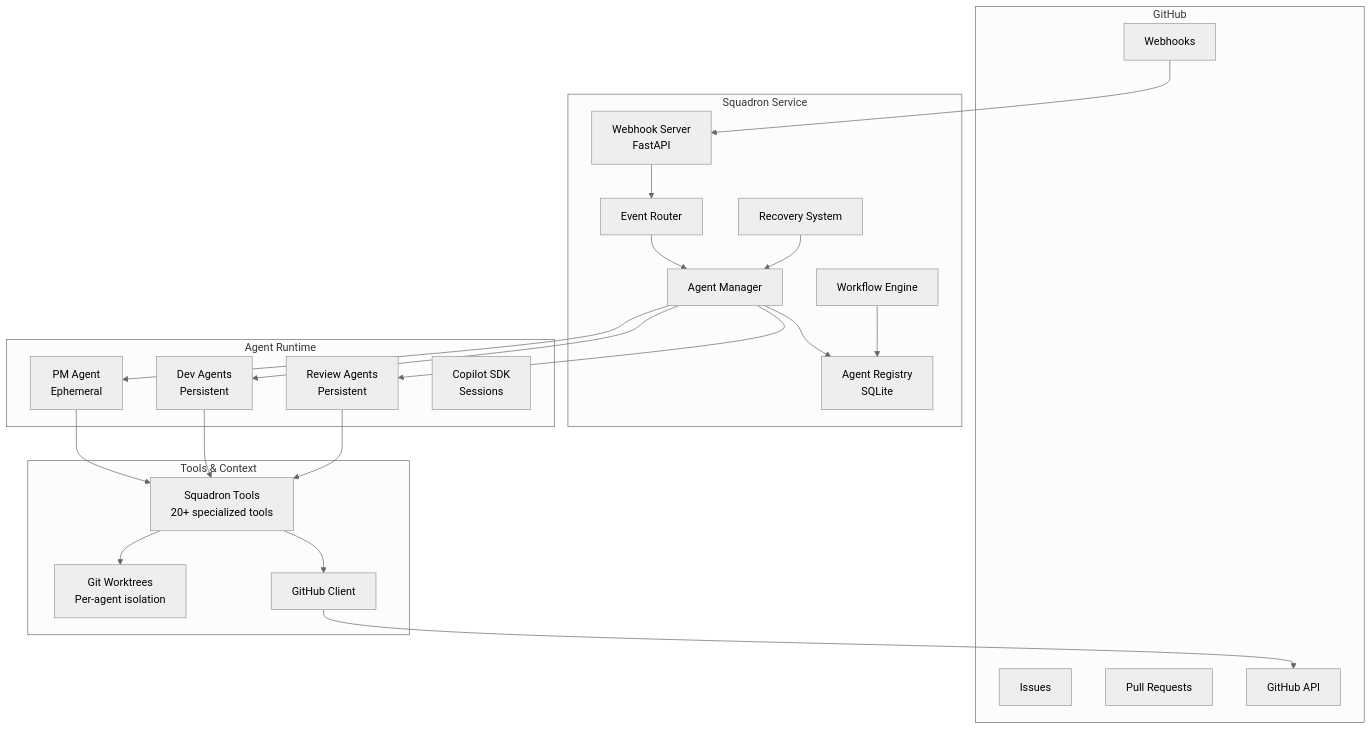
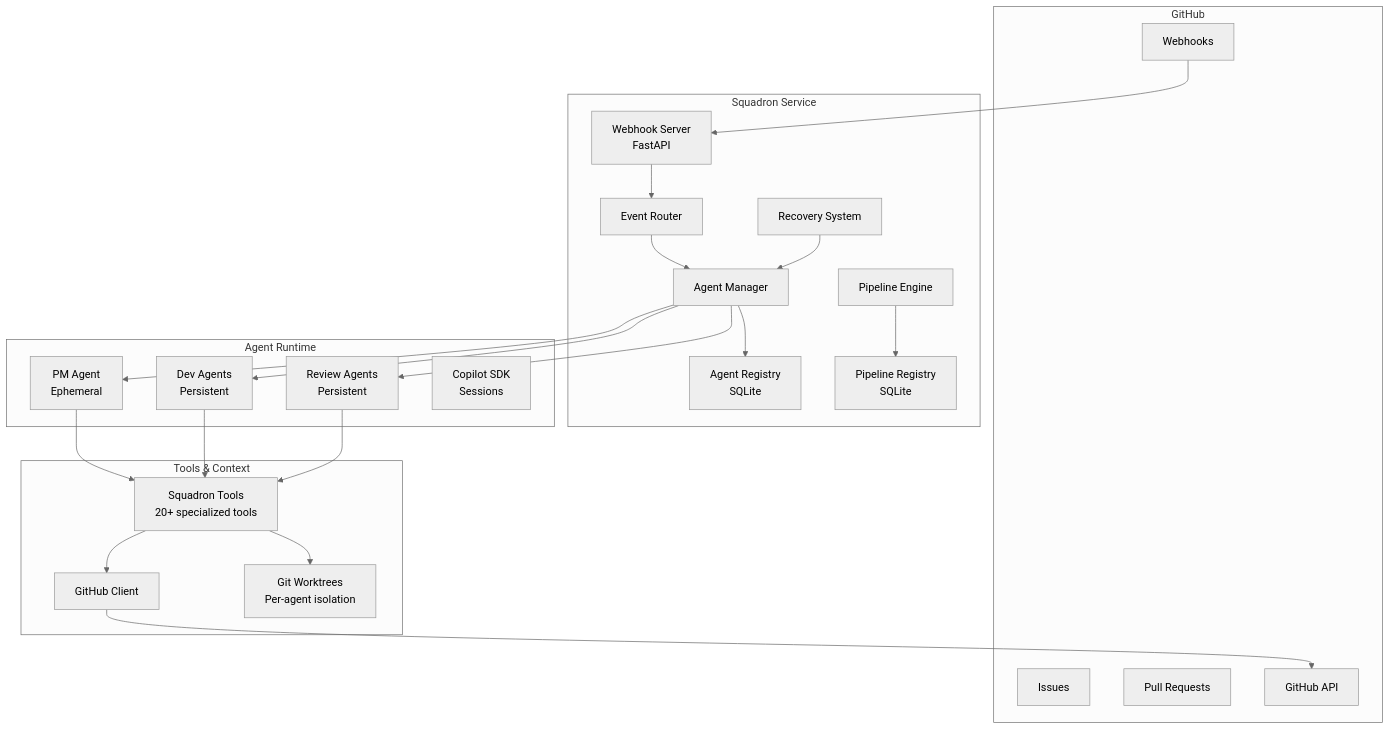
Before and after one commit to nbaertsch/squadron: the diagram in docs/architecture.md, drawn with Mermaid (neutral theme). The commit also changed other lines of this file and 6 other files, not shown here.

````diff
--- a/docs/architecture.md
+++ b/docs/architecture.md
@@ -18,50 +18,51 @@
 ```mermaid
 graph TB
     subgraph "GitHub"
         GH_ISSUES[Issues]
         GH_PRS[Pull Requests]  
         GH_WEBHOOKS[Webhooks]
         GH_API[GitHub API]
     end
 
     subgraph "Squadron Service"
         WEBHOOK_SERVER[Webhook Server<br/>FastAPI]
         EVENT_ROUTER[Event Router]
         AGENT_MANAGER[Agent Manager]
-        WORKFLOW_ENGINE[Workflow Engine]
+        PIPELINE_ENGINE[Pipeline Engine]
+        PIPELINE_REGISTRY[Pipeline Registry<br/>SQLite]
         RECOVERY[Recovery System]
         REGISTRY[Agent Registry<br/>SQLite]
     end
 
     subgraph "Agent Runtime"
         PM_AGENT[PM Agent<br/>Ephemeral]
         DEV_AGENTS[Dev Agents<br/>Persistent] 
         REVIEW_AGENTS[Review Agents<br/>Persistent]
         COPILOT_SDK[Copilot SDK<br/>Sessions]
     end
 
     subgraph "Tools & Context"
         SQUADRON_TOOLS[Squadron Tools<br/>20+ specialized tools]
         GIT_WORKTREES[Git Worktrees<br/>Per-agent isolation]
         GITHUB_CLIENT[GitHub Client]
     end
 
     GH_WEBHOOKS --> WEBHOOK_SERVER
     WEBHOOK_SERVER --> EVENT_ROUTER
     EVENT_ROUTER --> AGENT_MANAGER
     AGENT_MANAGER --> PM_AGENT
     AGENT_MANAGER --> DEV_AGENTS
     AGENT_MANAGER --> REVIEW_AGENTS
     
     PM_AGENT --> SQUADRON_TOOLS
     DEV_AGENTS --> SQUADRON_TOOLS
     REVIEW_AGENTS --> SQUADRON_TOOLS
     
     SQUADRON_TOOLS --> GITHUB_CLIENT
     SQUADRON_TOOLS --> GIT_WORKTREES
     GITHUB_CLIENT --> GH_API
     
     AGENT_MANAGER --> REGISTRY
-    WORKFLOW_ENGINE --> REGISTRY
+    PIPELINE_ENGINE --> PIPELINE_REGISTRY
     RECOVERY --> AGENT_MANAGER
 ```
````
